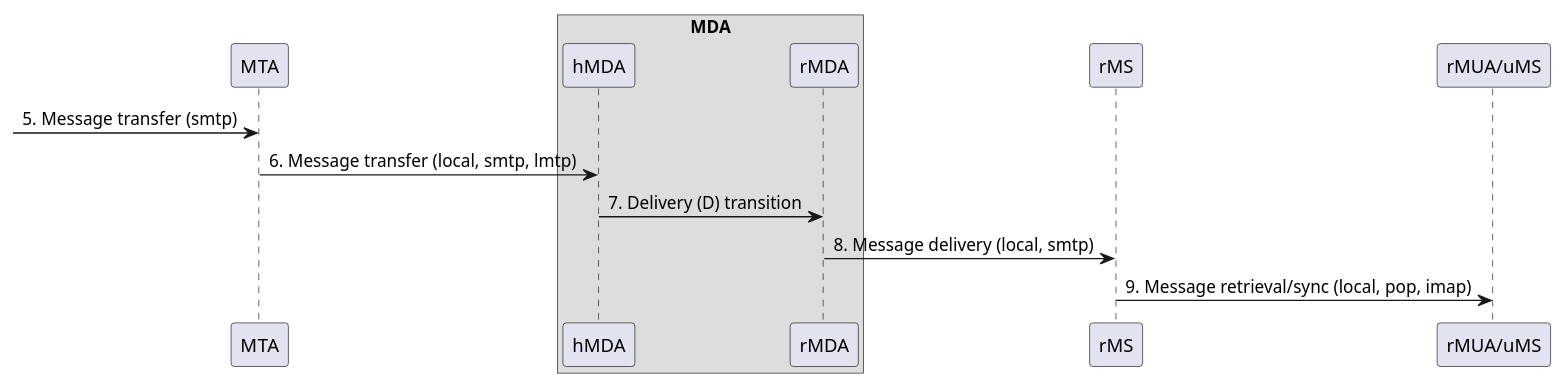
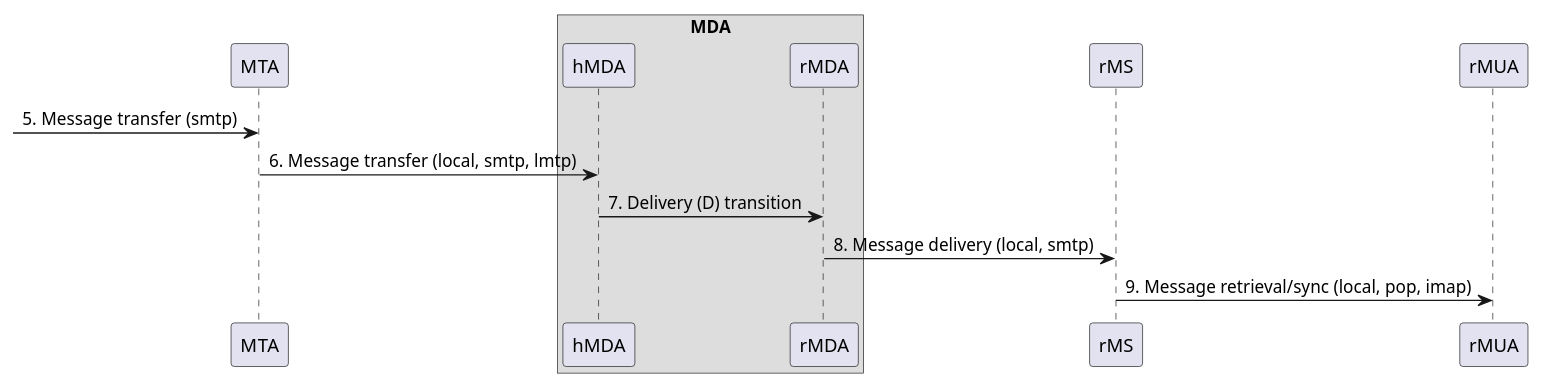
The diagram in docs/resources/rfc5598_sd_II.puml (federizer/federizer), drawn with PlantUML before and after one commit. The commit also changed 5 other files, not shown here.

```diff
--- a/docs/resources/rfc5598_sd_II.puml
+++ b/docs/resources/rfc5598_sd_II.puml
@@ -1,36 +1,36 @@
 @startuml Internet Mail Architecture (rfc5598), message flow part II.
 
 /'
 Message
 Message User Agent (MUA)
     Author MUA (aMUA)
     Recipient MUA (rMUA)
 Message Submission Agent (MSA)
     Author-focused MSA functions (aMSA)
     MHS-focused MSA functions (hMSA)
 Message Transfer Agent (MTA)
 Message Delivery Agent (MDA)
     Recipient-focused MDA functions (rMDA)
     MHS-focused MDA functions (hMDA)
 Message Store (MS)
     Author MS (aMS)
     Recipient MS (rMS)
     User Agent MS (uMS)
 '/
 
 'ADMD II.
 participant "MTA" as MTA /'MTA'/
 box "MDA"
 participant "hMDA" as hMDA /'MHS-focused MDA'/
 participant "rMDA" as rMDA /'Recipient-focused MDA'/
 end box
 participant "rMS" as rMS /'Recipient MS'/
-participant "rMUA/uMS" as rMUA /'MUA, uMS'/
+participant "rMUA" as rMUA /'MUA, uMS optional'/
 
 [-> MTA : 5. Message transfer (smtp)
 MTA -> hMDA : 6. Message transfer (local, smtp, lmtp)
 hMDA -> rMDA : 7. Delivery (D) transition
 rMDA -> rMS : 8. Message delivery (local, smtp)
 rMS -> rMUA : 9. Message retrieval/sync (local, pop, imap)
 
 @enduml
```
